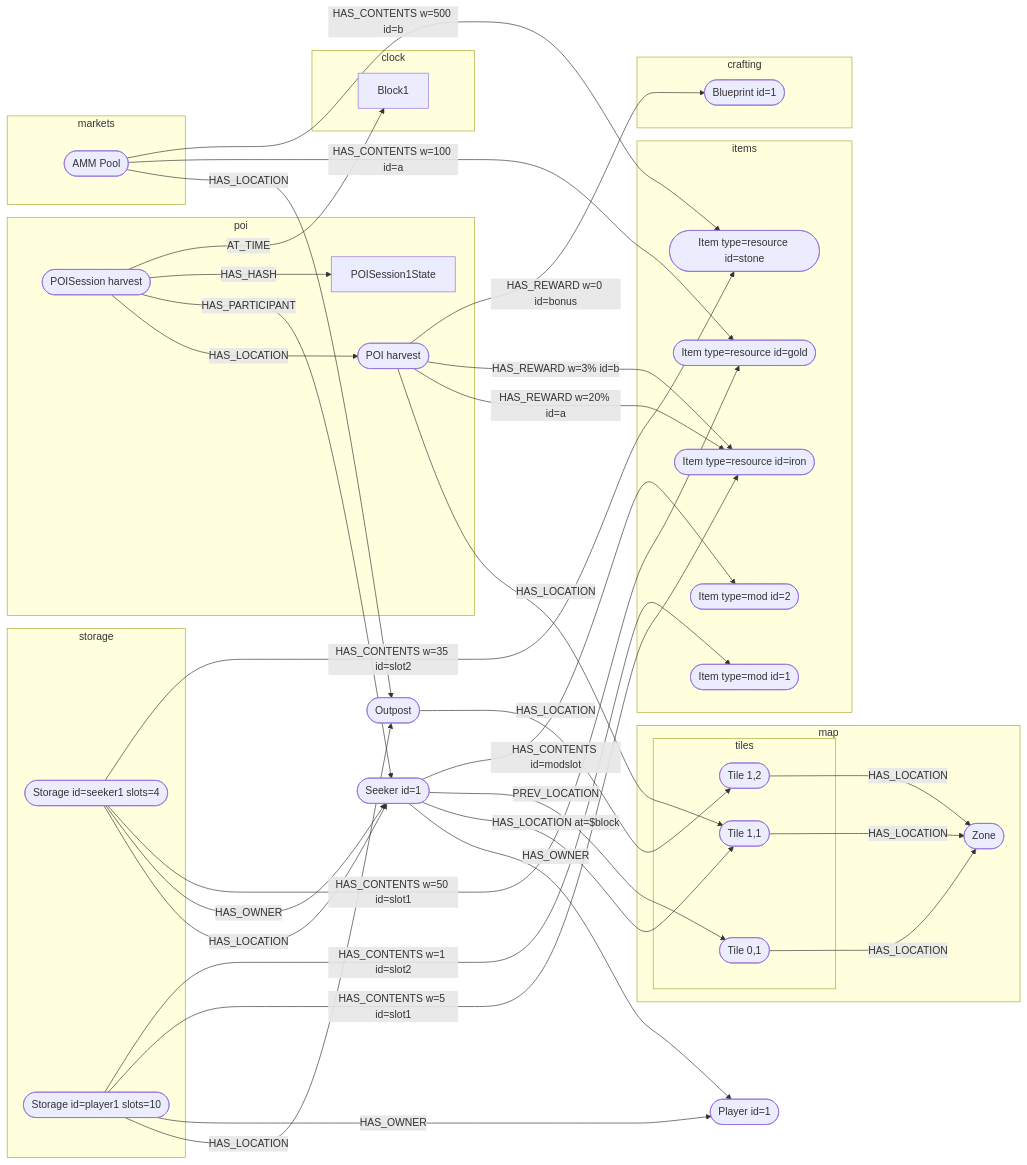
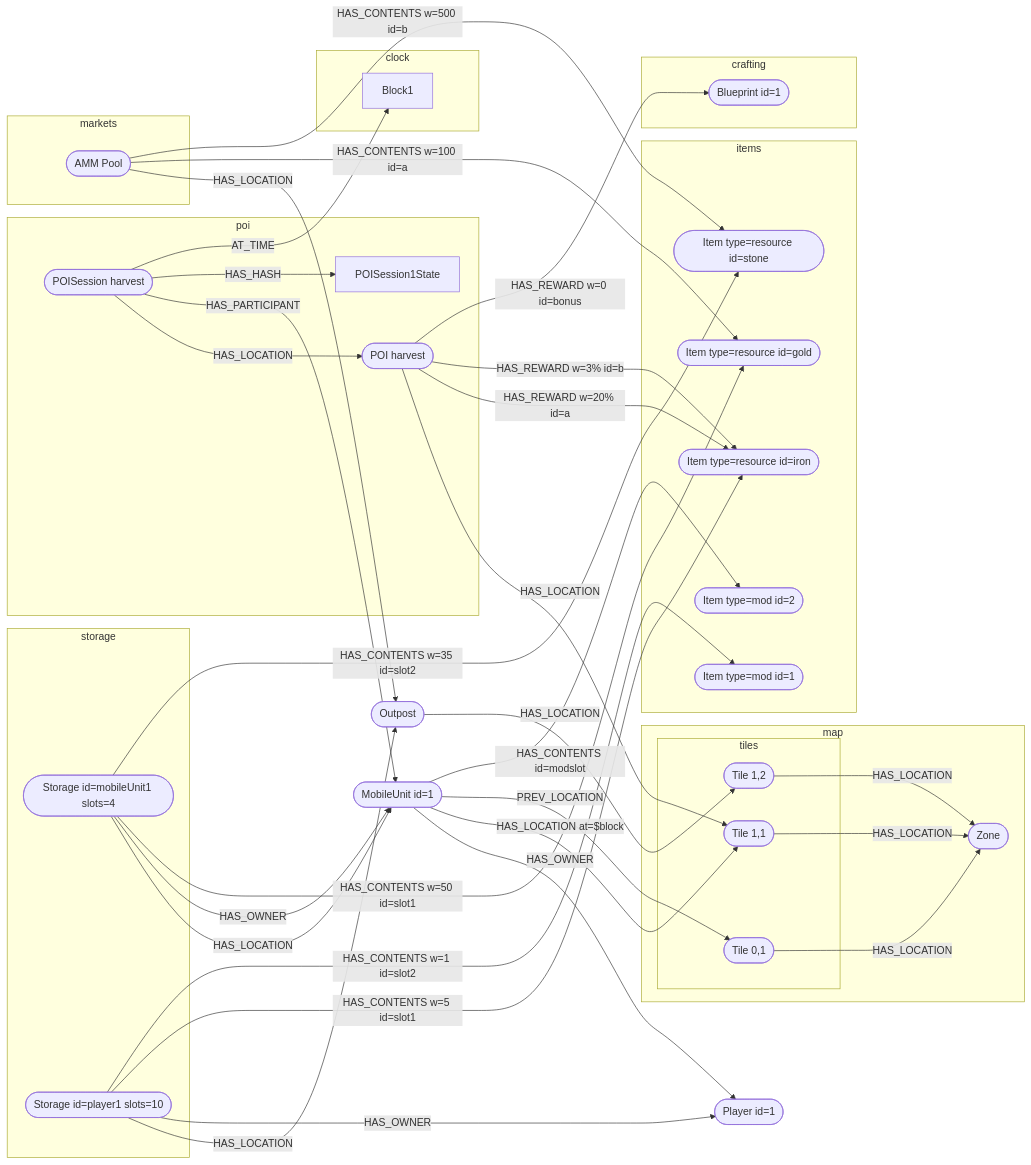
The diagram in contracts/README.md (playmint/ds), drawn with Mermaid before and after one commit. The commit also changed 147 other files, not shown here.

First line of the commit message:
Seeker renamed to MobileUnit

````diff
--- a/contracts/README.md
+++ b/contracts/README.md
@@ -10,76 +10,76 @@
 ```mermaid
 flowchart LR
     Player1([Player id=1])
-    Seeker1([Seeker id=1])
+    MobileUnit1([MobileUnit id=1])
     subgraph storage
-        Store1([Storage id=seeker1 slots=4])
+        Store1([Storage id=mobileUnit1 slots=4])
         Store2([Storage id=player1 slots=10])
     end
     subgraph map
         subgraph tiles
             Tile1([Tile 0,1])
             Tile2([Tile 1,1])
             Tile3([Tile 1,2])
         end
         Zone1([Zone])
     end
     subgraph items
         Resource1([Item type=resource id=gold])
         Resource2([Item type=resource id=stone])
         Resource3([Item type=resource id=iron])
         Mod1([Item type=mod id=1])
         Mod2([Item type=mod id=2])
     end
     subgraph crafting
         Blueprint1([Blueprint id=1])
     end
     Building1([Outpost])
     subgraph poi
         POI1([POI harvest])
         POISession1([POISession harvest])
         POISession1State
     end
     subgraph clock
         Block1
     end
     subgraph markets
         AMMPool([AMM Pool])
     end
     
     Tile1 -->|HAS_LOCATION| Zone1
     Tile2 -->|HAS_LOCATION| Zone1
     Tile3 -->|HAS_LOCATION| Zone1
     
-    Seeker1 -->|HAS_OWNER| Player1
+    MobileUnit1 -->|HAS_OWNER| Player1
     
-    Seeker1 -->|HAS_LOCATION at=$block| Tile2
-    Seeker1 -->|PREV_LOCATION| Tile1
+    MobileUnit1 -->|HAS_LOCATION at=$block| Tile2
+    MobileUnit1 -->|PREV_LOCATION| Tile1
     
-    Store1 -->|HAS_LOCATION| Seeker1
-    Store1 -->|HAS_OWNER| Seeker1
+    Store1 -->|HAS_LOCATION| MobileUnit1
+    Store1 -->|HAS_OWNER| MobileUnit1
     Store1 -->|HAS_CONTENTS w=50 id=slot1| Resource1
     Store1 -->|HAS_CONTENTS w=35 id=slot2| Resource2
     
     Store2 -->|HAS_LOCATION| Building1
     Store2 -->|HAS_OWNER| Player1
     Store2 -->|HAS_CONTENTS w=5 id=slot1| Resource3
     Store2 -->|HAS_CONTENTS w=1 id=slot2| Mod1
     
-    Seeker1 -->|HAS_CONTENTS id=modslot| Mod2
+    MobileUnit1 -->|HAS_CONTENTS id=modslot| Mod2
     
     Building1 -->|HAS_LOCATION| Tile3
     
     POI1 -->|HAS_LOCATION| Tile2
     POI1 -->|HAS_REWARD w=20% id=a| Resource3
     POI1 -->|HAS_REWARD w=3% id=b| Resource3
     POI1 -->|HAS_REWARD w=0 id=bonus| Blueprint1
     POISession1 -->|HAS_LOCATION| POI1
-    POISession1 -->|HAS_PARTICIPANT| Seeker1
+    POISession1 -->|HAS_PARTICIPANT| MobileUnit1
     POISession1 -->|HAS_HASH| POISession1State
     POISession1 -->|AT_TIME| Block1
     
     AMMPool -->|HAS_LOCATION| Building1
     AMMPool -->|HAS_CONTENTS w=100 id=a| Resource1
     AMMPool -->|HAS_CONTENTS w=500 id=b| Resource2
 
 ```
````
